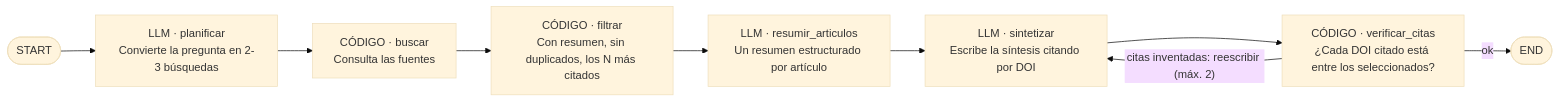
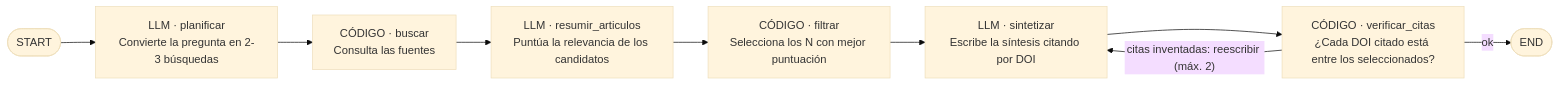
Before and after one commit to Carlos-Rodero/litmar: the diagram in README.md, drawn with Mermaid (base theme). The commit also changed other lines of this file and 31 other files, not shown here.

````diff
--- a/README.md
+++ b/README.md
@@ -168,12 +168,12 @@
 ```mermaid
 flowchart LR
     START([START]) --> planificar
     planificar["LLM · planificar<br/>Convierte la pregunta en 2-3 búsquedas"] --> buscar
-    buscar["CÓDIGO · buscar<br/>Consulta las fuentes"] --> filtrar
-    filtrar["CÓDIGO · filtrar<br/>Con resumen, sin duplicados, los N más citados"] --> resumir_articulos
-    resumir_articulos["LLM · resumir_articulos<br/>Un resumen estructurado por artículo"] --> sintetizar
+    buscar["CÓDIGO · buscar<br/>Consulta las fuentes"] --> resumir_articulos
+    resumir_articulos["LLM · resumir_articulos<br/>Puntúa la relevancia de los candidatos"] --> filtrar
+    filtrar["CÓDIGO · filtrar<br/>Selecciona los N con mejor puntuación"] --> sintetizar
     sintetizar["LLM · sintetizar<br/>Escribe la síntesis citando por DOI"] --> verificar_citas
     verificar_citas["CÓDIGO · verificar_citas<br/>¿Cada DOI citado está entre los seleccionados?"]
     verificar_citas -- "citas inventadas: reescribir (máx. 2)" --> sintetizar
     verificar_citas -- "ok" --> END([END])
 ```
````
